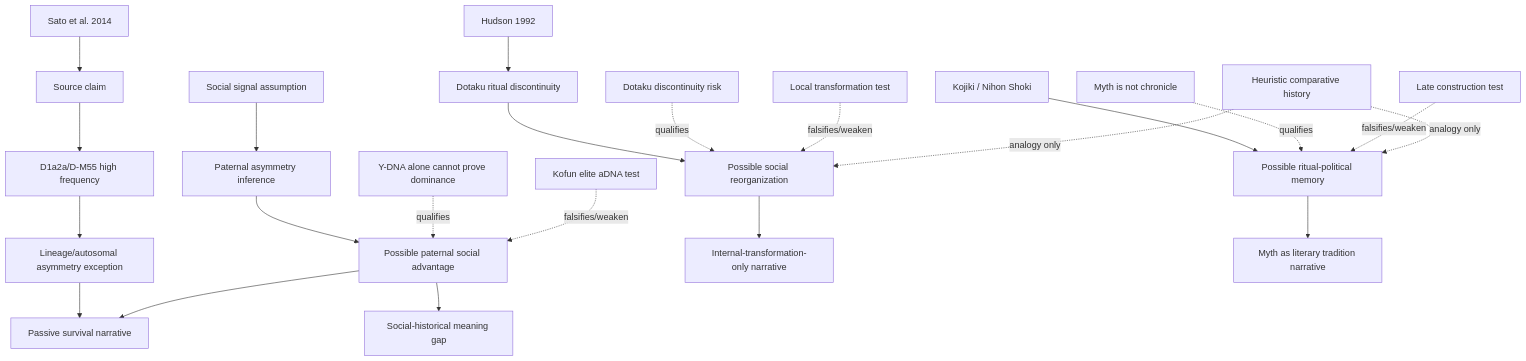
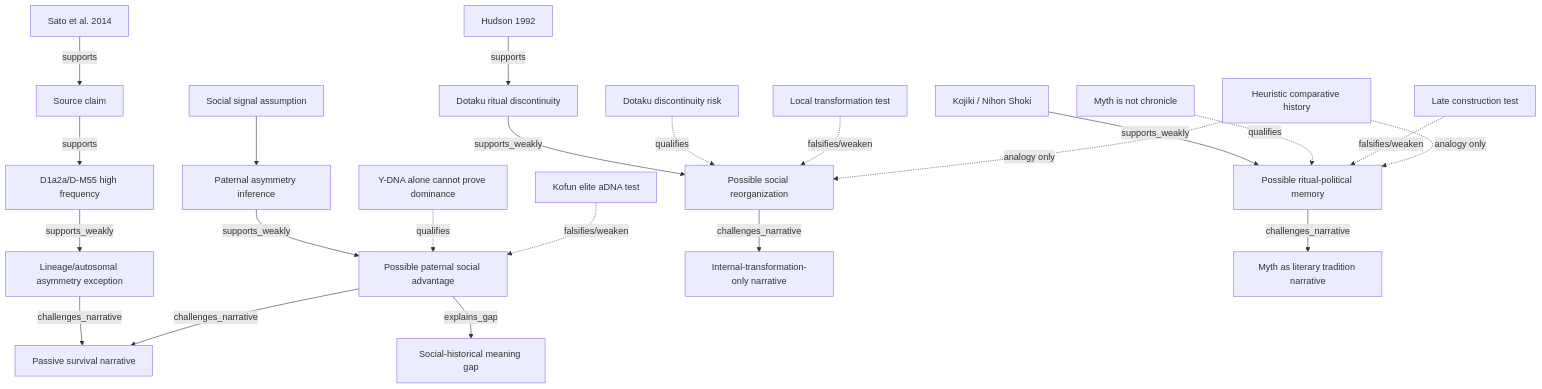
The diagram in examples/jomon_dotaku_kiki/graph_sample.md (tasuku-9/epistemic-gap-mapper-skill), drawn with Mermaid before and after one commit. The commit also changed other lines of this file and 7 other files, not shown here.

Commit message:
Improve narrative debt traces and graph readability

````diff
--- a/examples/jomon_dotaku_kiki/graph_sample.md
+++ b/examples/jomon_dotaku_kiki/graph_sample.md
@@ -3,26 +16,26 @@
 ```mermaid
 graph TD
-  P1[Sato et al. 2014] --> SC1[Source claim]
-  SC1 --> E1[D1a2a/D-M55 high frequency]
-  E1 --> EX1[Lineage/autosomal asymmetry exception]
-  EX1 --> N2[Passive survival narrative]
+  P1[Sato et al. 2014] -- supports --> SC1[Source claim]
+  SC1 -- supports --> E1[D1a2a/D-M55 high frequency]
+  E1 -- supports_weakly --> EX1[Lineage/autosomal asymmetry exception]
+  EX1 -- challenges_narrative --> N2[Passive survival narrative]
   A1[Social signal assumption] --> I1[Paternal asymmetry inference]
-  I1 --> UC1[Possible paternal social advantage]
-  UC1 --> G1[Social-historical meaning gap]
-  UC1 --> N2
+  I1 -- supports_weakly --> UC1[Possible paternal social advantage]
+  UC1 -- explains_gap --> G1[Social-historical meaning gap]
+  UC1 -- challenges_narrative --> N2
   R1[Y-DNA alone cannot prove dominance] -. qualifies .-> UC1
   F1[Kofun elite aDNA test] -. falsifies/weaken .-> UC1
 
-  P2[Hudson 1992] --> E2[Dotaku ritual discontinuity]
-  E2 --> UC2[Possible social reorganization]
-  UC2 --> N3[Internal-transformation-only narrative]
+  P2[Hudson 1992] -- supports --> E2[Dotaku ritual discontinuity]
+  E2 -- supports_weakly --> UC2[Possible social reorganization]
+  UC2 -- challenges_narrative --> N3[Internal-transformation-only narrative]
   R2[Dotaku discontinuity risk] -. qualifies .-> UC2
   F2[Local transformation test] -. falsifies/weaken .-> UC2
 
-  P3[Kojiki / Nihon Shoki] --> UC3[Possible ritual-political memory]
-  UC3 --> N4[Myth as literary tradition narrative]
+  P3[Kojiki / Nihon Shoki] -- supports_weakly --> UC3[Possible ritual-political memory]
+  UC3 -- challenges_narrative --> N4[Myth as literary tradition narrative]
   R3[Myth is not chronicle] -. qualifies .-> UC3
   F3[Late construction test] -. falsifies/weaken .-> UC3
   M7[Heuristic comparative history] -. analogy only .-> UC2
   M7 -. analogy only .-> UC3
 ```
````
